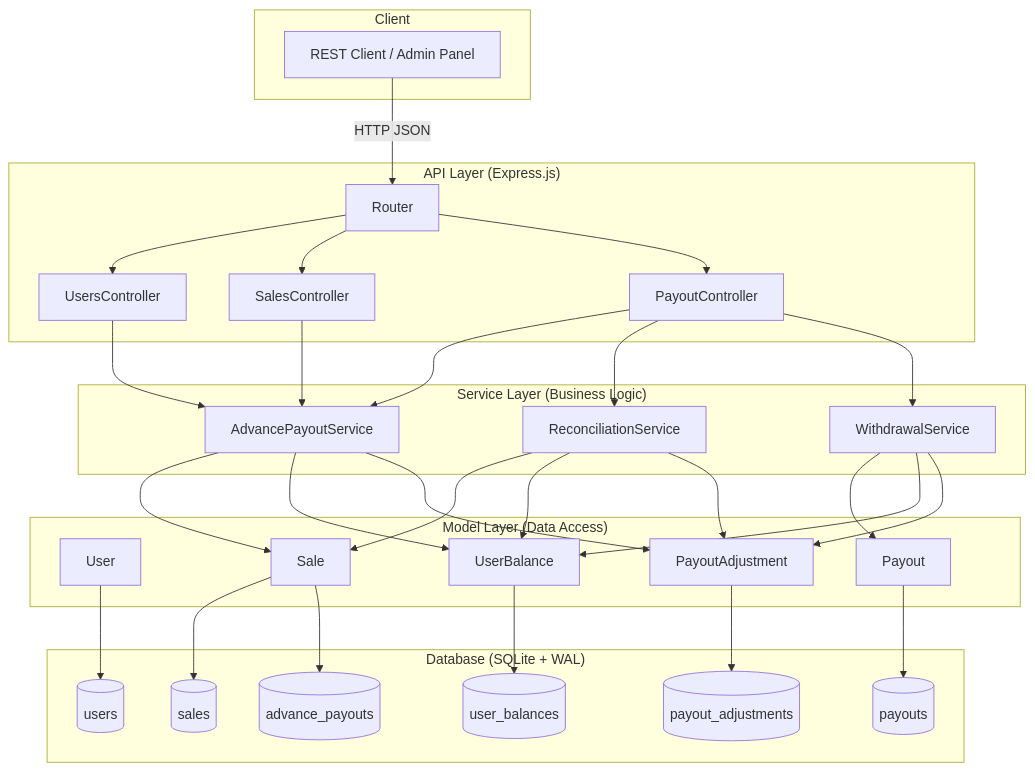
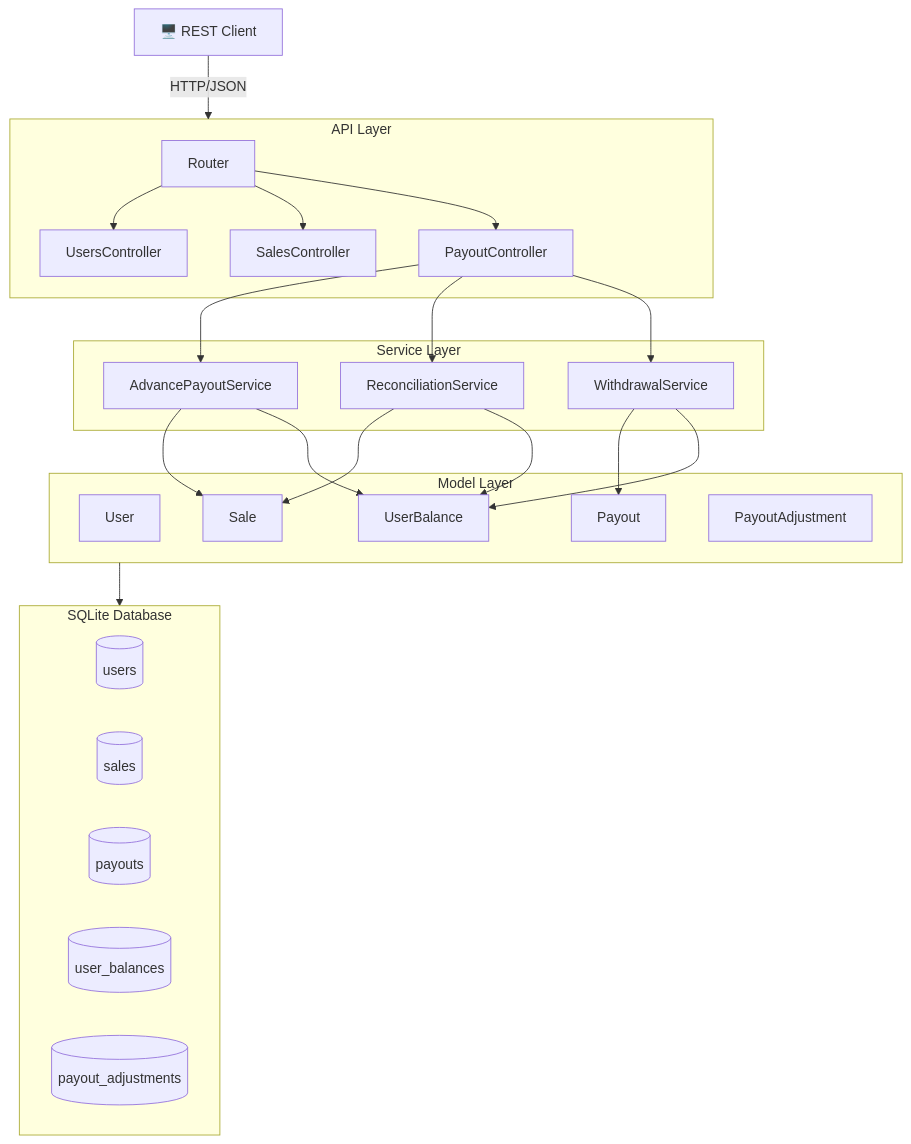
The first of 14 diagrams in LLD.md (pawanclone/taskdoc), drawn with Mermaid before and after one commit. The commit also changed other lines of this file, not shown here.

````diff
--- a/LLD.md
+++ b/LLD.md
@@ -22,57 +22,48 @@
 ```mermaid
-graph TB
-    subgraph Client
-        A[REST Client / Admin Panel]
+graph TD
+    Client["🖥️ REST Client"]
+
+    Client -->|HTTP/JSON| API
+
+    subgraph API["API Layer"]
+        Router --> UsersCtrl["UsersController"]
+        Router --> SalesCtrl["SalesController"]
+        Router --> PayoutCtrl["PayoutController"]
     end
 
-    subgraph API["API Layer (Express.js)"]
-        R[Router] --> UC[UsersController]
-        R --> SC[SalesController]
-        R --> PC[PayoutController]
+    subgraph BIZ["Service Layer"]
+        AdvanceSvc["AdvancePayoutService"]
+        ReconSvc["ReconciliationService"]
+        WithdrawSvc["WithdrawalService"]
     end
 
-    subgraph Services["Service Layer (Business Logic)"]
-        APS[AdvancePayoutService]
-        RS[ReconciliationService]
-        WS[WithdrawalService]
+    subgraph DATA["Model Layer"]
+        UserModel["User"]
+        SaleModel["Sale"]
+        PayoutModel["Payout"]
+        BalanceModel["UserBalance"]
+        AuditModel["PayoutAdjustment"]
     end
 
-    subgraph Models["Model Layer (Data Access)"]
-        UM[User]
-        SM[Sale]
-        PM[Payout]
-        UBM[UserBalance]
-        PAM[PayoutAdjustment]
+    subgraph DB["SQLite Database"]
+        direction LR
+        T1[("users")]
+        T2[("sales")]
+        T3[("payouts")]
+        T4[("user_balances")]
+        T5[("payout_adjustments")]
     end
 
-    subgraph DB["Database (SQLite + WAL)"]
-        T1[(users)]
-        T2[(sales)]
-        T3[(advance_payouts)]
-        T4[(payouts)]
-        T5[(payout_adjustments)]
-        T6[(user_balances)]
-    end
+    PayoutCtrl --> AdvanceSvc
+    PayoutCtrl --> ReconSvc
+    PayoutCtrl --> WithdrawSvc
 
-    A -->|HTTP JSON| R
-    UC --> APS
-    SC --> APS
-    PC --> APS
-    PC --> RS
-    PC --> WS
-    APS --> SM
-    APS --> UBM
-    APS --> PAM
-    RS --> SM
-    RS --> UBM
-    RS --> PAM
-    WS --> PM
-    WS --> UBM
-    WS --> PAM
-    UM --> T1
-    SM --> T2
-    SM --> T3
-    PM --> T4
-    PAM --> T5
-    UBM --> T6
+    AdvanceSvc --> SaleModel
+    AdvanceSvc --> BalanceModel
+    ReconSvc --> SaleModel
+    ReconSvc --> BalanceModel
+    WithdrawSvc --> PayoutModel
+    WithdrawSvc --> BalanceModel
+
+    DATA --> DB
 ```
````
